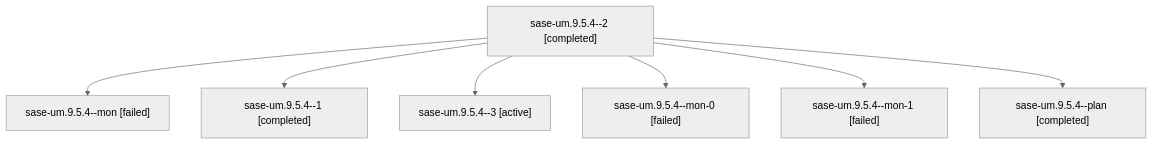
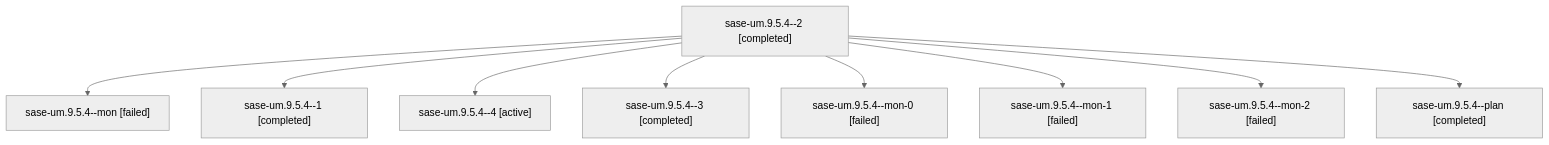
The diagram in families/bbugyi200.athena.sase-um.9.5.4.md (sase-org/sase--agents), drawn with Mermaid (neutral theme) before and after one commit. The commit also changed other lines of this file and 143 other files, not shown here.

````diff
--- a/families/bbugyi200.athena.sase-um.9.5.4.md
+++ b/families/bbugyi200.athena.sase-um.9.5.4.md
@@ -9,16 +9,20 @@
 ```mermaid
 flowchart TD
   n0["sase-um.9.5.4--2 [completed]"]
   n1["sase-um.9.5.4--mon [failed]"]
   n0 --> n1
   n2["sase-um.9.5.4--1 [completed]"]
   n0 --> n2
-  n3["sase-um.9.5.4--3 [active]"]
+  n3["sase-um.9.5.4--4 [active]"]
   n0 --> n3
-  n4["sase-um.9.5.4--mon-0 [failed]"]
+  n4["sase-um.9.5.4--3 [completed]"]
   n0 --> n4
-  n5["sase-um.9.5.4--mon-1 [failed]"]
+  n5["sase-um.9.5.4--mon-0 [failed]"]
   n0 --> n5
-  n6["sase-um.9.5.4--plan [completed]"]
+  n6["sase-um.9.5.4--mon-1 [failed]"]
   n0 --> n6
+  n7["sase-um.9.5.4--mon-2 [failed]"]
+  n0 --> n7
+  n8["sase-um.9.5.4--plan [completed]"]
+  n0 --> n8
 ```
````
